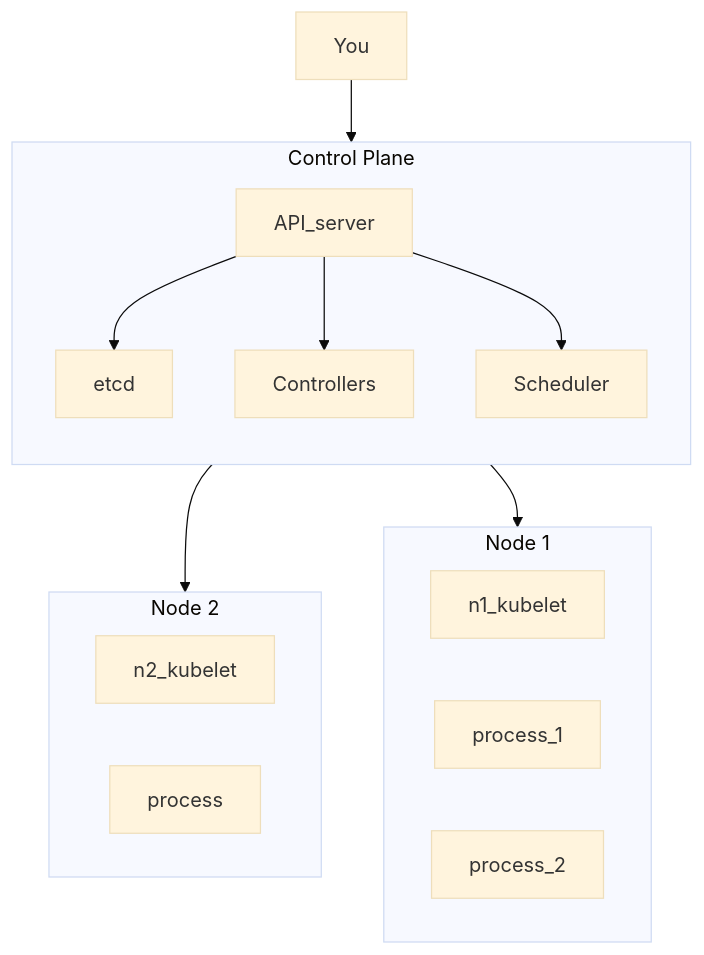
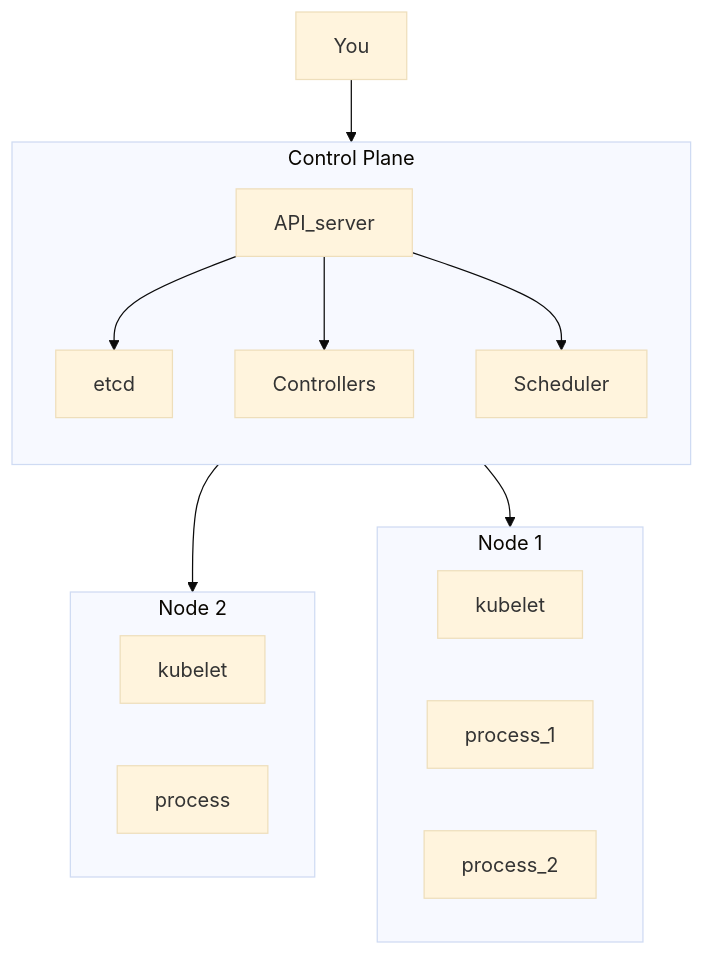
The diagram in Sistemi e Applicazioni Cloud/L02 - Seminario AWS/Seminario AWS.md (msandonini/uni), drawn with Mermaid (base theme) before and after one commit.

Commit message:
vault backup: 2026-10-12 18:25:24

````diff
--- a/Sistemi e Applicazioni Cloud/L02 - Seminario AWS/Seminario AWS.md
+++ b/Sistemi e Applicazioni Cloud/L02 - Seminario AWS/Seminario AWS.md
@@ -30,26 +30,26 @@
 ```mermaid
 flowchart TB
 
 You --> API_server
-API_server --> n1_kubelet
-API_server --> n2_kubelet
+API_server --> k1
+API_server --> k2
 
 subgraph Control Plane
 	direction TB
 	API_server --> etcd
 	API_server --> Controllers
 	API_server --> Scheduler
 end
 subgraph Node 1
 	direction LR
-	n1_kubelet
+	k1[kubelet]
 	process_1
 	process_2
 end
 subgraph Node 2
 	direction LR
-	n2_kubelet
+	k2[kubelet]
 	process
 end
 
 ```
````
